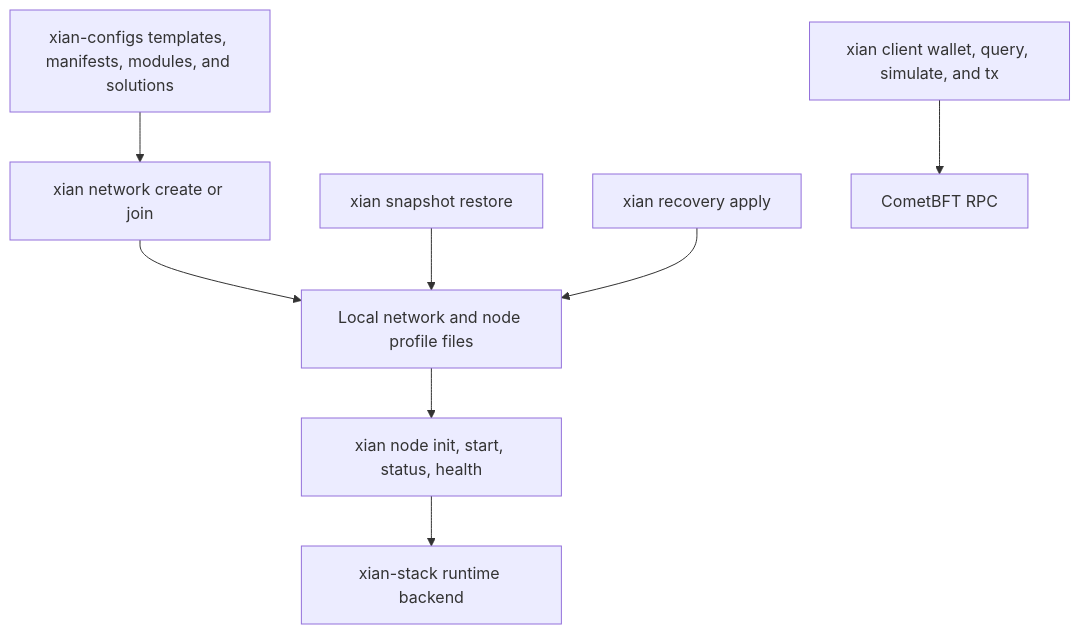
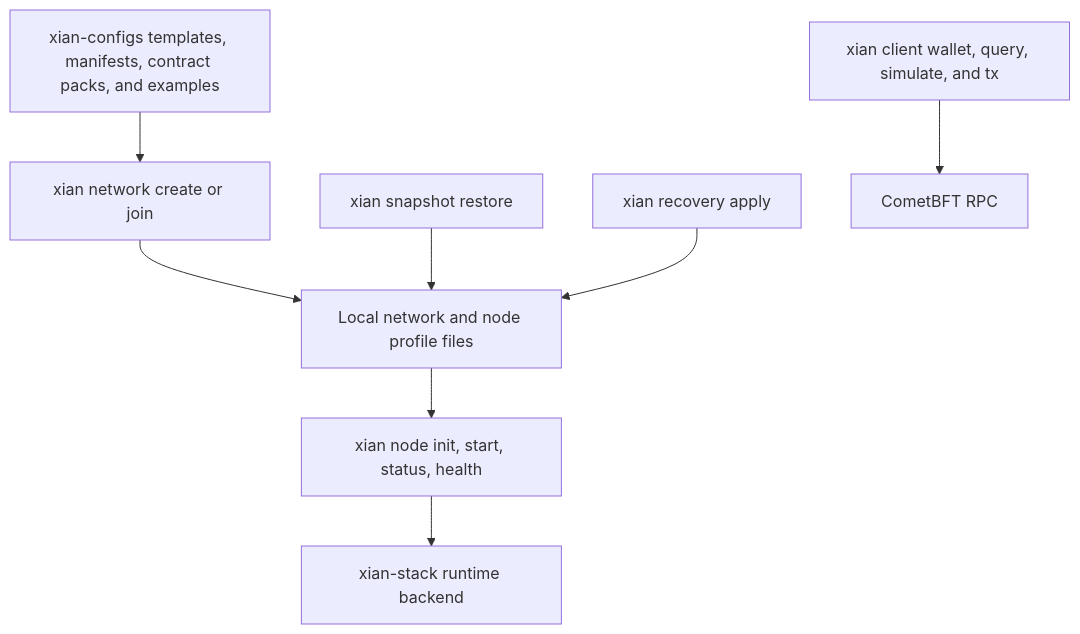
Before and after one commit to xian-technology/xian-docs-web: the diagram in tools/xian-cli.md, drawn with Mermaid. The commit also changed other lines of this file and 30 other files, not shown here.

First line of the commit message:
Reorganize docs around contract packs, examples, and taxonomy

````diff
--- a/tools/xian-cli.md
+++ b/tools/xian-cli.md
@@ -66,20 +66,20 @@
 ```mermaid
 flowchart TD
-  Catalog["xian-configs templates, manifests, modules, and solutions"]
+  Catalog["xian-configs templates, manifests, contract packs, and examples"]
   Network["xian network create or join"]
   Profile["Local network and node profile files"]
   Node["xian node init, start, status, health"]
   Stack["xian-stack runtime backend"]
   Snapshot["xian snapshot restore"]
   Recovery["xian recovery apply"]
   Client["xian client wallet, query, simulate, and tx"]
   RPC["CometBFT RPC"]
 
   Catalog --> Network
   Network --> Profile
   Profile --> Node
   Node --> Stack
   Snapshot --> Profile
   Recovery --> Profile
   Client --> RPC
 ```
````
